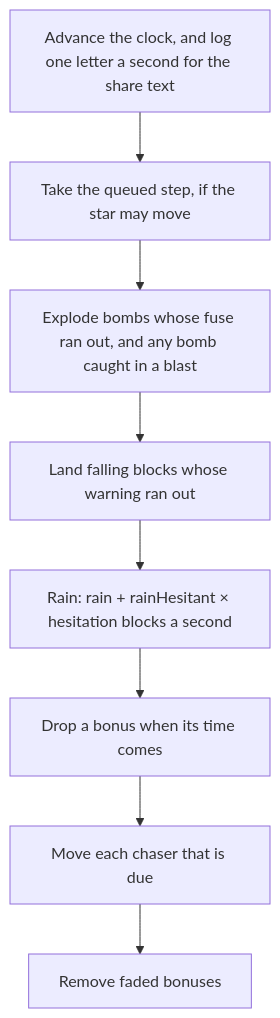
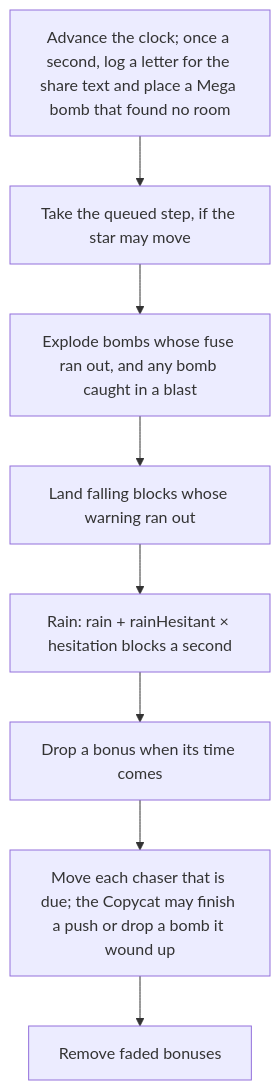
The fifth of 6 diagrams in docs/escape/ARCHITECTURE.md (agunawijaya/any-key), drawn with Mermaid before and after one commit. The commit also changed other lines of this file and 26 other files, not shown here.

First line of the commit message:
Outta Here: the Copycat and the Mega bomb

````diff
--- a/docs/escape/ARCHITECTURE.md
+++ b/docs/escape/ARCHITECTURE.md
@@ -127,10 +127,10 @@
 ```mermaid
 flowchart TD
-    T["Advance the clock, and log one letter a second for the share text"] --> M["Take the queued step, if the star may move"]
+    T["Advance the clock; once a second, log a letter for the share text and place a Mega bomb that found no room"] --> M["Take the queued step, if the star may move"]
     M --> B["Explode bombs whose fuse ran out, and any bomb caught in a blast"]
     B --> L["Land falling blocks whose warning ran out"]
     L --> R["Rain: rain + rainHesitant × hesitation blocks a second"]
     R --> X["Drop a bonus when its time comes"]
-    X --> E["Move each chaser that is due"]
+    X --> E["Move each chaser that is due; the Copycat may finish a push or drop a bomb it wound up"]
     E --> I["Remove faded bonuses"]
 ```
````
